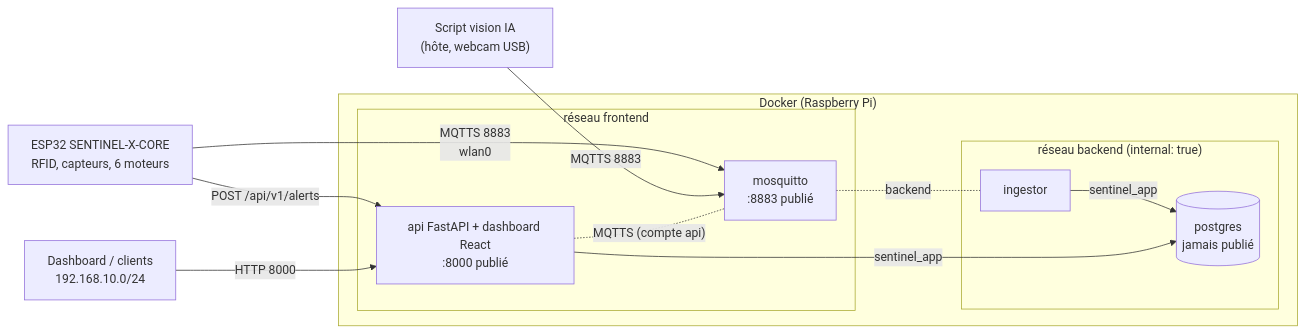
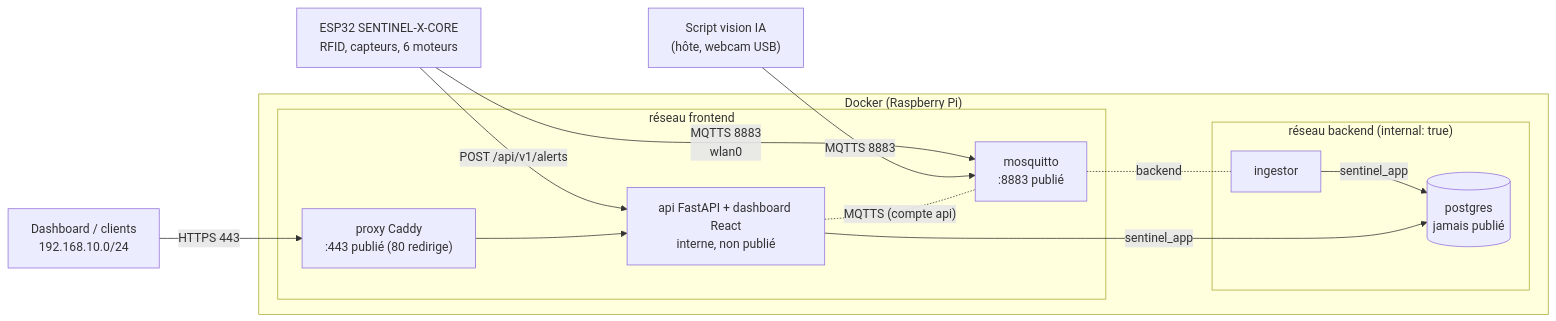
The diagram in README.md (Sinndd/WORKSHOP-SENTINEL-X), drawn with Mermaid before and after one commit. The commit also changed other lines of this file and 21 other files, not shown here.

````diff
--- a/README.md
+++ b/README.md
@@ -53,21 +53,21 @@
 ```mermaid
 flowchart LR
   ESP["ESP32 SENTINEL-X-CORE<br/>RFID, capteurs, 6 moteurs"] -- "MQTTS 8883<br/>wlan0" --> MQ
   ESP -- "POST /api/v1/alerts" --> API
   IA["Script vision IA<br/>(hôte, webcam USB)"] -- "MQTTS 8883" --> MQ
-  DASH["Dashboard / clients<br/>192.168.10.0/24"] -- "HTTP 8000" --> API
+  DASH["Dashboard / clients<br/>192.168.10.0/24"] -- "HTTPS 443" --> PROXY
   subgraph Docker["Docker (Raspberry Pi)"]
     subgraph FE["réseau frontend"]
       MQ["mosquitto<br/>:8883 publié"]
-      API["api FastAPI + dashboard React<br/>:8000 publié"]
+      PROXY["proxy Caddy<br/>:443 publié (80 redirige)"] --> API["api FastAPI + dashboard React<br/>interne, non publié"]
     end
     subgraph BE["réseau backend (internal: true)"]
       ING["ingestor"]
       PG[("postgres<br/>jamais publié")]
     end
     MQ -. backend .- ING
     ING -- "sentinel_app" --> PG
     API -- "sentinel_app" --> PG
     API -. "MQTTS (compte api)" .- MQ
   end
 ```
````
